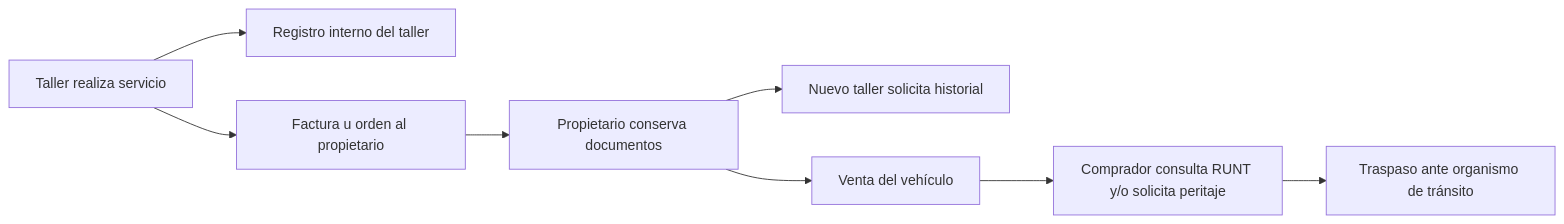
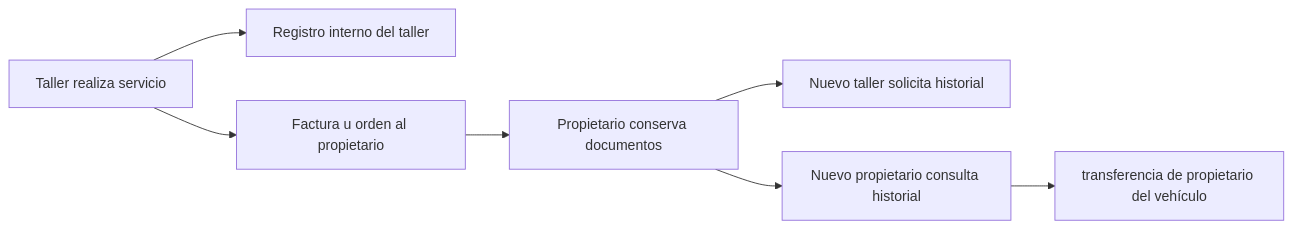
Before and after one commit to Lilypar59/Baf_Latam: the first of 2 diagrams in docs/semana1/ProblemBrief.md, drawn with Mermaid. The commit also changed other lines of this file, not shown here.

````diff
--- a/docs/semana1/ProblemBrief.md
+++ b/docs/semana1/ProblemBrief.md
@@ -109,10 +110,9 @@
 ```mermaid
 flowchart LR
     A[Taller realiza servicio] --> B[Registro interno del taller]
     A --> C[Factura u orden al propietario]
     C --> D[Propietario conserva documentos]
     D --> E[Nuevo taller solicita historial]
-    D --> F[Venta del vehículo]
-    F --> G[Comprador consulta RUNT y/o solicita peritaje]
-    G --> H[Traspaso ante organismo de tránsito]
+    D --> F[Nuevo propietario consulta historial]
+    F --> G[transferencia de propietario del vehículo]
 ```
````
